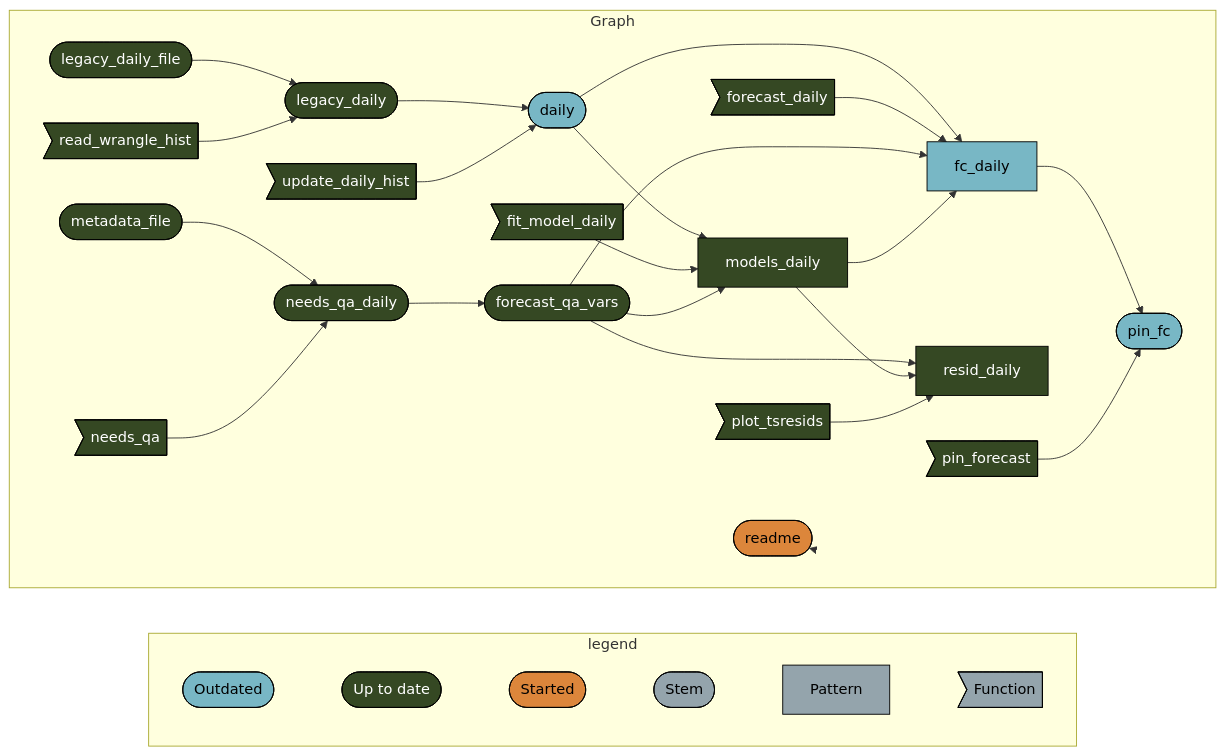
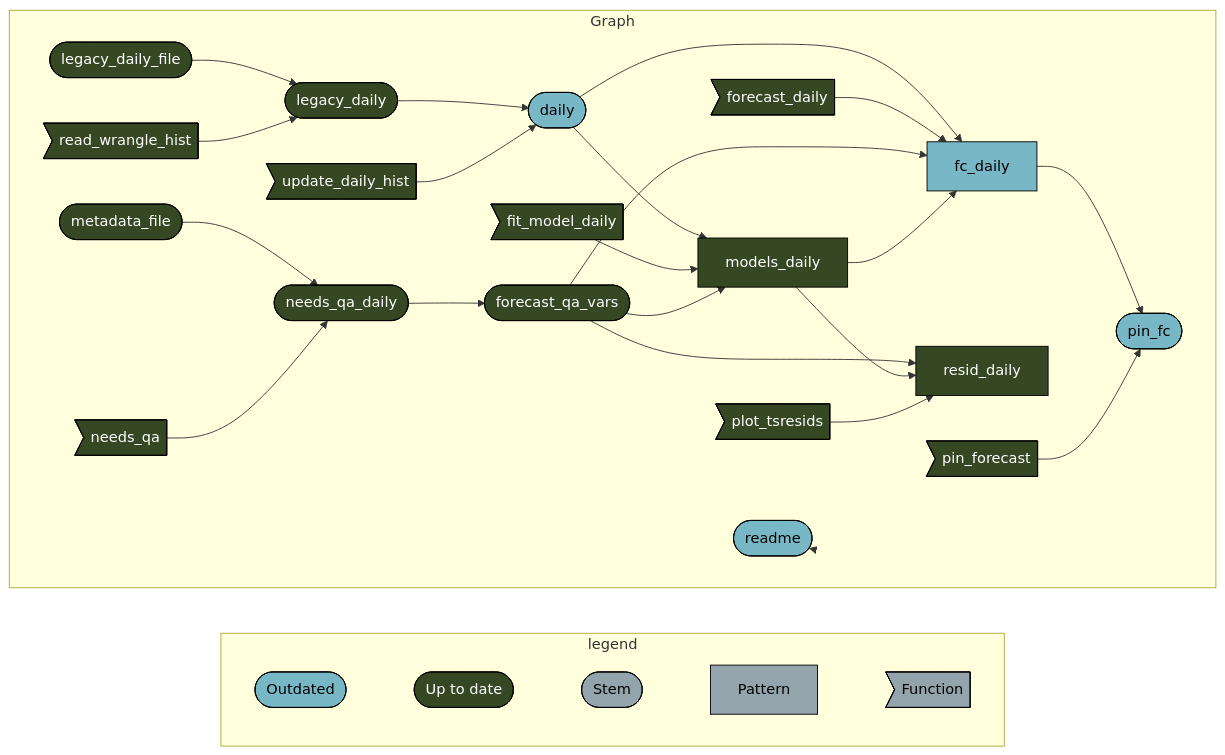
Before and after one commit to uace-azmet/azmet-forecast-qa: the diagram in README.md, drawn with Mermaid. The commit also changed other lines of this file and 1 other file, not shown here.

````diff
--- a/README.md
+++ b/README.md
@@ -52,44 +86,41 @@
 ``` mermaid
 graph LR
   subgraph legend
     direction LR
     x0a52b03877696646([""Outdated""]):::outdated --- x7420bd9270f8d27d([""Up to date""]):::uptodate
-    x7420bd9270f8d27d([""Up to date""]):::uptodate --- x5b3426b4c7fa7dbc([""Started""]):::started
-    x5b3426b4c7fa7dbc([""Started""]):::started --- xbf4603d6c2c2ad6b([""Stem""]):::none
+    x7420bd9270f8d27d([""Up to date""]):::uptodate --- xbf4603d6c2c2ad6b([""Stem""]):::none
     xbf4603d6c2c2ad6b([""Stem""]):::none --- x70a5fa6bea6f298d[""Pattern""]:::none
     x70a5fa6bea6f298d[""Pattern""]:::none --- xf0bce276fe2b9d3e>""Function""]:::none
   end
   subgraph Graph
     direction LR
     x3d7b2a2ab5636113(["metadata_file"]):::uptodate --> xdfae9ea4e5207cef(["needs_qa_daily"]):::uptodate
     x06ab7116eed66f15>"needs_qa"]:::uptodate --> xdfae9ea4e5207cef(["needs_qa_daily"]):::uptodate
     xdfae9ea4e5207cef(["needs_qa_daily"]):::uptodate --> x601d3b0e7d261371(["forecast_qa_vars"]):::uptodate
     x1920bdb737e11d2e(["legacy_daily_file"]):::uptodate --> xff9b736edef41c8b(["legacy_daily"]):::uptodate
     x842666df821db265>"read_wrangle_hist"]:::uptodate --> xff9b736edef41c8b(["legacy_daily"]):::uptodate
     x6233d5fdb54d5242(["daily"]):::outdated --> xdd96ec4b0bb5ab6b["fc_daily"]:::outdated
     x4bc7352f98499683>"forecast_daily"]:::uptodate --> xdd96ec4b0bb5ab6b["fc_daily"]:::outdated
     x601d3b0e7d261371(["forecast_qa_vars"]):::uptodate --> xdd96ec4b0bb5ab6b["fc_daily"]:::outdated
     x4d3c4dcfeadc796d["models_daily"]:::uptodate --> xdd96ec4b0bb5ab6b["fc_daily"]:::outdated
     x601d3b0e7d261371(["forecast_qa_vars"]):::uptodate --> x0bb4ecca77d3d4a0["resid_daily"]:::uptodate
     x4d3c4dcfeadc796d["models_daily"]:::uptodate --> x0bb4ecca77d3d4a0["resid_daily"]:::uptodate
     x10e889bcd8b0fd60>"plot_tsresids"]:::uptodate --> x0bb4ecca77d3d4a0["resid_daily"]:::uptodate
     x6233d5fdb54d5242(["daily"]):::outdated --> x4d3c4dcfeadc796d["models_daily"]:::uptodate
     x1f5572089e80d919>"fit_model_daily"]:::uptodate --> x4d3c4dcfeadc796d["models_daily"]:::uptodate
     x601d3b0e7d261371(["forecast_qa_vars"]):::uptodate --> x4d3c4dcfeadc796d["models_daily"]:::uptodate
     xdd96ec4b0bb5ab6b["fc_daily"]:::outdated --> x8f5c47b9b7da7e75(["pin_fc"]):::outdated
     x82c22abbb211b5ee>"pin_forecast"]:::uptodate --> x8f5c47b9b7da7e75(["pin_fc"]):::outdated
     xff9b736edef41c8b(["legacy_daily"]):::uptodate --> x6233d5fdb54d5242(["daily"]):::outdated
     x8b3096a190996662>"update_daily_hist"]:::uptodate --> x6233d5fdb54d5242(["daily"]):::outdated
-    x6e52cb0f1668cc22(["readme"]):::started --> x6e52cb0f1668cc22(["readme"]):::started
+    x6e52cb0f1668cc22(["readme"]):::outdated --> x6e52cb0f1668cc22(["readme"]):::outdated
   end
   classDef outdated stroke:#000000,color:#000000,fill:#78B7C5;
   classDef uptodate stroke:#000000,color:#ffffff,fill:#354823;
-  classDef started stroke:#000000,color:#000000,fill:#DC863B;
   classDef none stroke:#000000,color:#000000,fill:#94a4ac;
   linkStyle 0 stroke-width:0px;
   linkStyle 1 stroke-width:0px;
   linkStyle 2 stroke-width:0px;
   linkStyle 3 stroke-width:0px;
-  linkStyle 4 stroke-width:0px;
-  linkStyle 24 stroke-width:0px;
+  linkStyle 23 stroke-width:0px;
 ```
````
